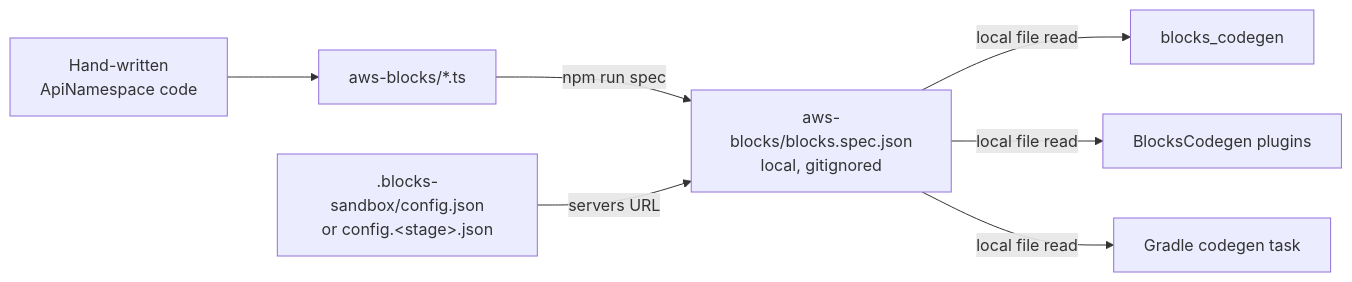
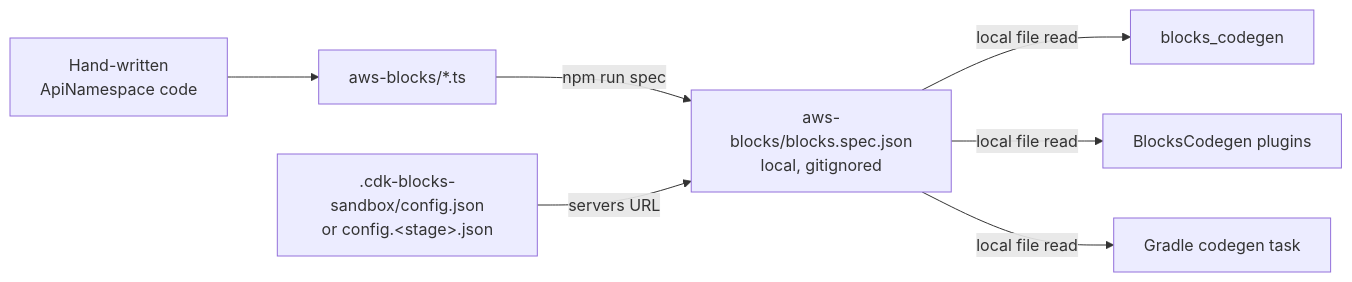
Before and after one commit to aws-devtools-labs/aws-blocks: the diagram in docs/native-clients/codegen-design.md, drawn with Mermaid. The commit also changed other lines of this file and 229 other files, not shown here.

````diff
--- a/docs/native-clients/codegen-design.md
+++ b/docs/native-clients/codegen-design.md
@@ -312,9 +312,9 @@
 ```mermaid
 flowchart LR
   App[Hand-written<br/>ApiNamespace code] --> TS[aws-blocks/*.ts]
   TS -- "npm run spec" --> Spec[aws-blocks/blocks.spec.json<br/>local, gitignored]
-  Sandbox[.blocks-sandbox/config.json<br/>or config.&lt;stage&gt;.json] -- servers URL --> Spec
+  Sandbox[.cdk-blocks-sandbox/config.json<br/>or config.&lt;stage&gt;.json] -- servers URL --> Spec
   Spec -- local file read --> Dart[blocks_codegen]
   Spec -- local file read --> Swift[BlocksCodegen plugins]
   Spec -- local file read --> Kotlin[Gradle codegen task]
 ```
````
